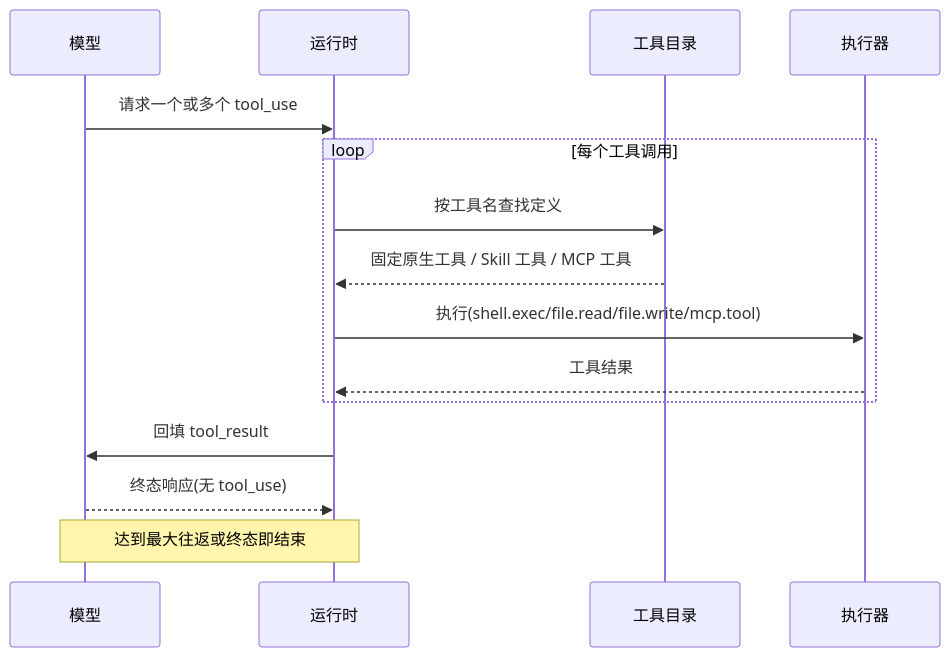
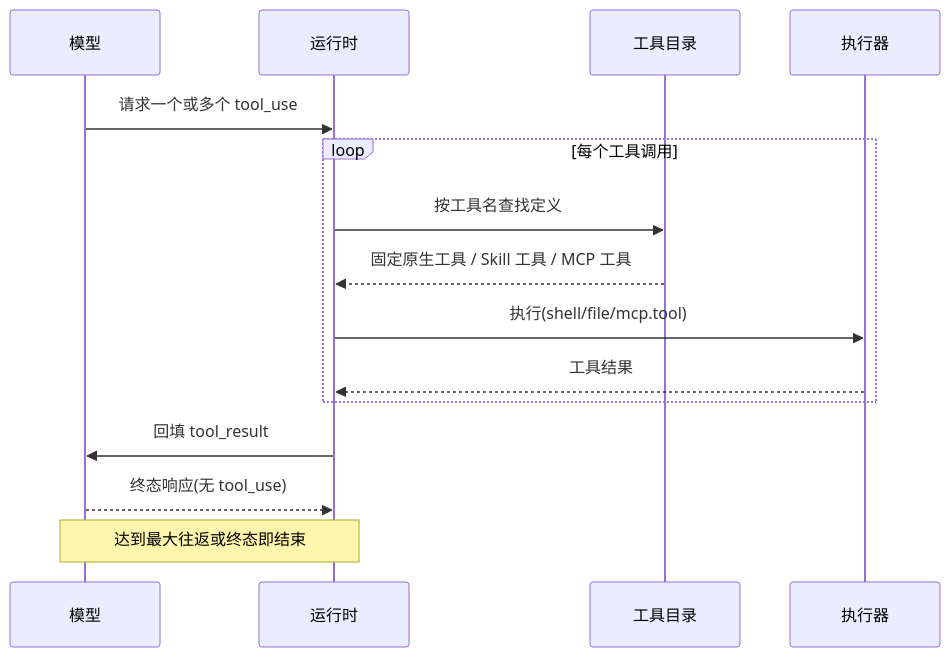
The diagram in docs/developer-guide/zh-CN/src/tool-registry.md (cdavid817/vanehub-ai), drawn with Mermaid before and after one commit. The commit also changed other lines of this file and 11 other files, not shown here.

````diff
--- a/docs/developer-guide/zh-CN/src/tool-registry.md
+++ b/docs/developer-guide/zh-CN/src/tool-registry.md
@@ -33,17 +33,17 @@
 ```mermaid
 sequenceDiagram
     participant Model as 模型
     participant Runtime as 运行时
     participant Catalog as 工具目录
     participant Executor as 执行器
     Model->>Runtime: 请求一个或多个 tool_use
     loop 每个工具调用
         Runtime->>Catalog: 按工具名查找定义
         Catalog-->>Runtime: 固定原生工具 / Skill 工具 / MCP 工具
-        Runtime->>Executor: 执行(shell.exec/file.read/file.write/mcp.tool)
+        Runtime->>Executor: 执行(shell/file/mcp.tool)
         Executor-->>Runtime: 工具结果
     end
     Runtime->>Model: 回填 tool_result
     Model-->>Runtime: 终态响应(无 tool_use)
     Note over Runtime,Model: 达到最大往返或终态即结束
 ```
````
